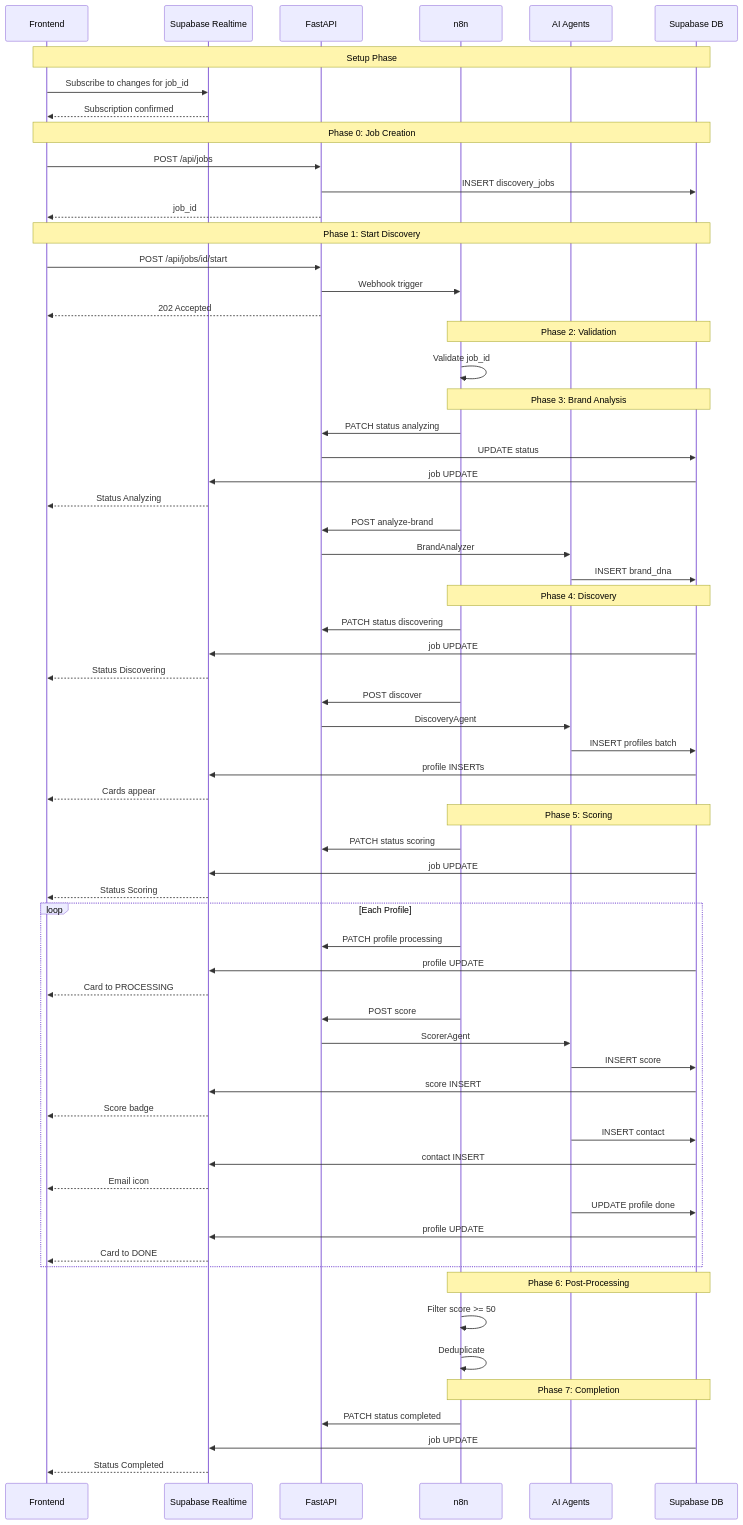
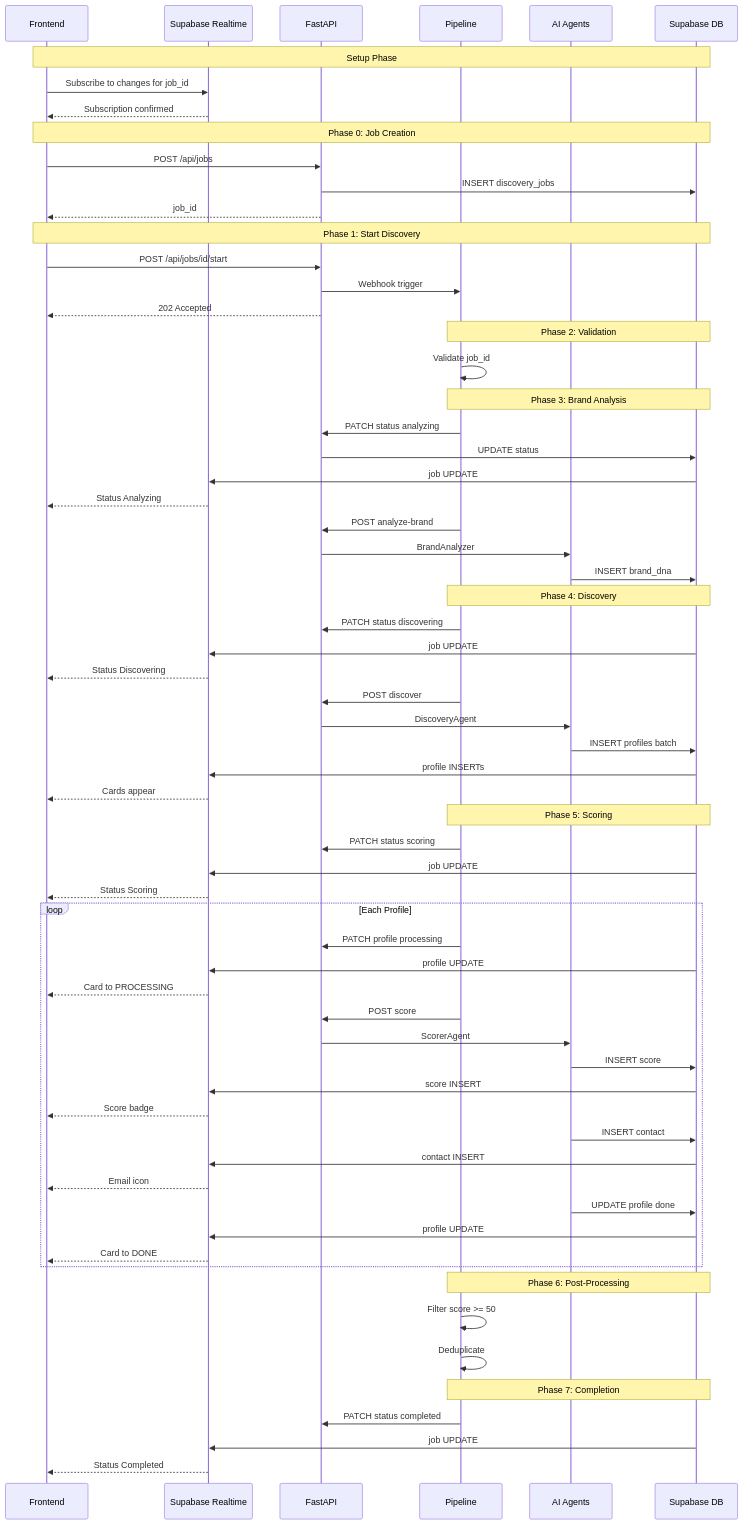
Before and after one commit to ela-ravi/modern-partner-scout: the second of 3 diagrams in docs/Backend_Implementation_Guide.md, drawn with Mermaid. The commit also changed other lines of this file and 44 other files, not shown here.

````diff
--- a/docs/Backend_Implementation_Guide.md
+++ b/docs/Backend_Implementation_Guide.md
@@ -2386,76 +2386,76 @@
 ```mermaid
 sequenceDiagram
     participant FE as Frontend
     participant WS as Supabase Realtime
     participant API as FastAPI
-    participant N8N as n8n
+    participant PIPE as Pipeline
     participant Agents as AI Agents
     participant DB as Supabase DB
-    
+
     Note over FE,DB: Setup Phase
     FE->>WS: Subscribe to changes for job_id
     WS-->>FE: Subscription confirmed
-    
+
     Note over FE,DB: Phase 0: Job Creation
     FE->>API: POST /api/jobs
     API->>DB: INSERT discovery_jobs
     API-->>FE: job_id
-    
+
     Note over FE,DB: Phase 1: Start Discovery
     FE->>API: POST /api/jobs/id/start
-    API->>N8N: Webhook trigger
+    API->>PIPE: Webhook trigger
     API-->>FE: 202 Accepted
-    
-    Note over N8N,DB: Phase 2: Validation
-    N8N->>N8N: Validate job_id
-    
-    Note over N8N,DB: Phase 3: Brand Analysis
-    N8N->>API: PATCH status analyzing
+
+    Note over PIPE,DB: Phase 2: Validation
+    PIPE->>PIPE: Validate job_id
+
+    Note over PIPE,DB: Phase 3: Brand Analysis
+    PIPE->>API: PATCH status analyzing
     API->>DB: UPDATE status
     DB->>WS: job UPDATE
     WS-->>FE: Status Analyzing
-    N8N->>API: POST analyze-brand
+    PIPE->>API: POST analyze-brand
     API->>Agents: BrandAnalyzer
     Agents->>DB: INSERT brand_dna
-    
-    Note over N8N,DB: Phase 4: Discovery
-    N8N->>API: PATCH status discovering
+
+    Note over PIPE,DB: Phase 4: Discovery
+    PIPE->>API: PATCH status discovering
     DB->>WS: job UPDATE
     WS-->>FE: Status Discovering
-    N8N->>API: POST discover
+    PIPE->>API: POST discover
     API->>Agents: DiscoveryAgent
     Agents->>DB: INSERT profiles batch
     DB->>WS: profile INSERTs
     WS-->>FE: Cards appear
-    
-    Note over N8N,DB: Phase 5: Scoring
-    N8N->>API: PATCH status scoring
+
+    Note over PIPE,DB: Phase 5: Scoring
+    PIPE->>API: PATCH status scoring
     DB->>WS: job UPDATE
     WS-->>FE: Status Scoring
-    
+
     loop Each Profile
-        N8N->>API: PATCH profile processing
+        PIPE->>API: PATCH profile processing
         DB->>WS: profile UPDATE
         WS-->>FE: Card to PROCESSING
-        N8N->>API: POST score
+        PIPE->>API: POST score
         API->>Agents: ScorerAgent
         Agents->>DB: INSERT score
         DB->>WS: score INSERT
         WS-->>FE: Score badge
         Agents->>DB: INSERT contact
         DB->>WS: contact INSERT
         WS-->>FE: Email icon
         Agents->>DB: UPDATE profile done
         DB->>WS: profile UPDATE
         WS-->>FE: Card to DONE
     end
-    
-    Note over N8N,DB: Phase 6: Post-Processing
-    N8N->>N8N: Filter score >= 50
-    N8N->>N8N: Deduplicate
-    
-    Note over N8N,DB: Phase 7: Completion
-    N8N->>API: PATCH status completed
+
+    Note over PIPE,DB: Phase 6: Post-Processing
+    PIPE->>PIPE: Filter score >= 50
+    PIPE->>PIPE: Deduplicate
+
+    Note over PIPE,DB: Phase 7: Completion
+    PIPE->>API: PATCH status completed
     DB->>WS: job UPDATE
     WS-->>FE: Status Completed
 ```
````
